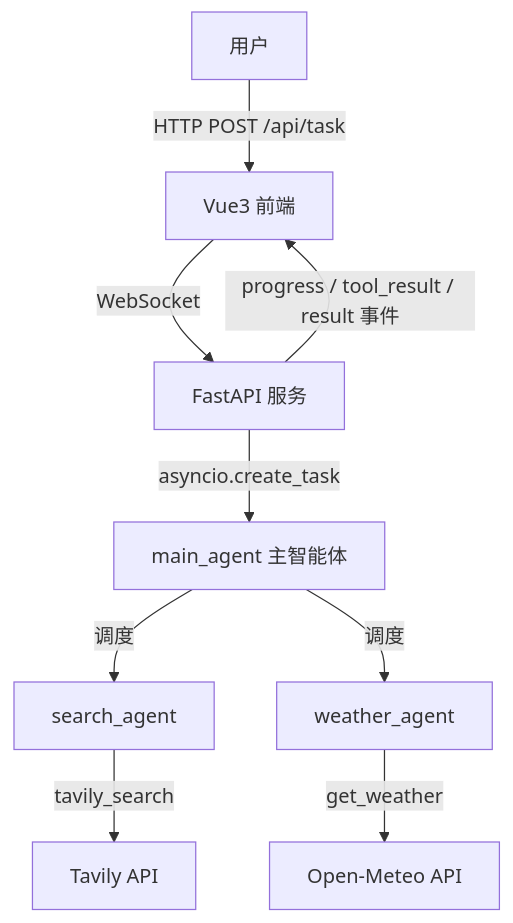
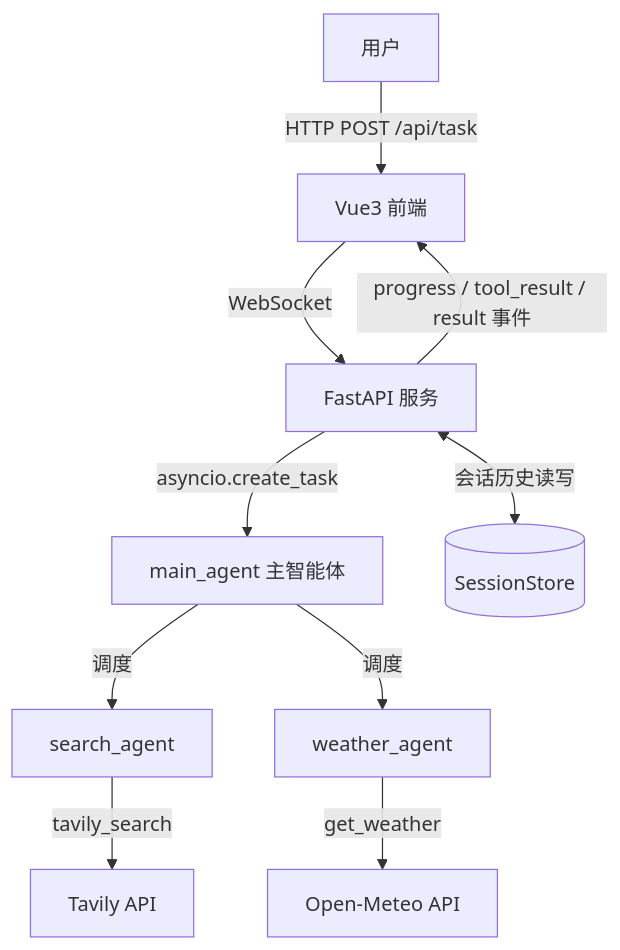
Before and after one commit to cxyzk/MultiAgent-Search: the diagram in README.md, drawn with Mermaid. The commit also changed other lines of this file, not shown here.

````diff
--- a/README.md
+++ b/README.md
@@ -18,11 +21,12 @@
 ```mermaid
 graph TB
     U[用户] -->|HTTP POST /api/task| FE[Vue3 前端]
     FE -->|WebSocket| API[FastAPI 服务]
     API -->|asyncio.create_task| MA[main_agent 主智能体]
     MA -->|调度| SA[search_agent]
     MA -->|调度| WA[weather_agent]
     SA -->|tavily_search| TV[Tavily API]
     WA -->|get_weather| OM[Open-Meteo API]
+    API <-->|会话历史读写| SS[(SessionStore)]
     API -->|progress / tool_result / result 事件| FE
 ```
````
